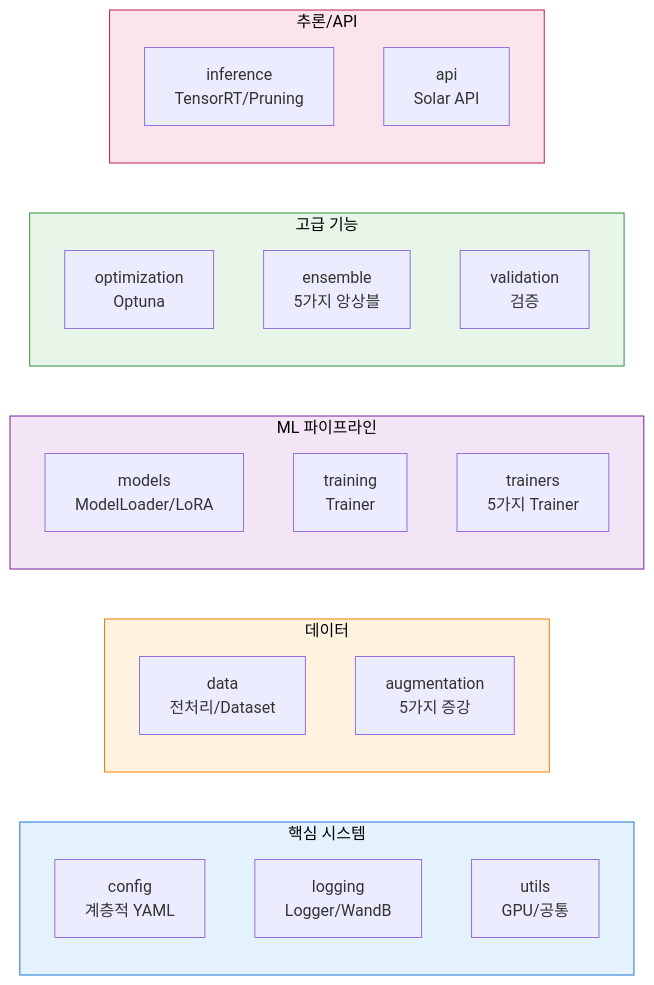
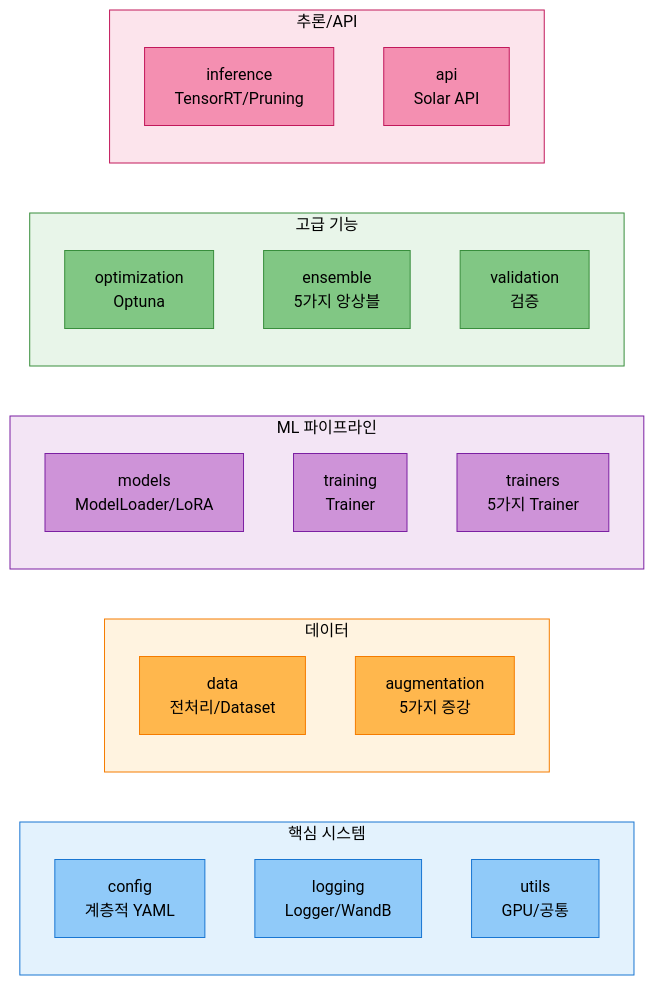
The second of 5 diagrams in docs/모듈화/README.md (AIBootcamp14/naturallanguageprocessingcompetition-nlp-1), drawn with Mermaid before and after one commit. The commit also changed other lines of this file and 1 other file, not shown here.

````diff
--- a/docs/모듈화/README.md
+++ b/docs/모듈화/README.md
@@ -114,36 +139,50 @@
 ```mermaid
 graph LR
     subgraph Core["핵심 시스템"]
         M1[config<br/>계층적 YAML]
         M2[logging<br/>Logger/WandB]
         M3[utils<br/>GPU/공통]
     end
 
     subgraph Data["데이터"]
         M4[data<br/>전처리/Dataset]
         M5[augmentation<br/>5가지 증강]
     end
 
     subgraph ML["ML 파이프라인"]
         M6[models<br/>ModelLoader/LoRA]
         M7[training<br/>Trainer]
         M8[trainers<br/>5가지 Trainer]
     end
 
     subgraph Advanced["고급 기능"]
         M9[optimization<br/>Optuna]
         M10[ensemble<br/>5가지 앙상블]
         M11[validation<br/>검증]
     end
 
     subgraph Inference["추론/API"]
         M12[inference<br/>TensorRT/Pruning]
         M13[api<br/>Solar API]
     end
 
     style Core fill:#e3f2fd,stroke:#1976d2,color:#000
     style Data fill:#fff3e0,stroke:#f57c00,color:#000
     style ML fill:#f3e5f5,stroke:#7b1fa2,color:#000
     style Advanced fill:#e8f5e9,stroke:#388e3c,color:#000
     style Inference fill:#fce4ec,stroke:#c2185b,color:#000
+
+    style M1 fill:#90caf9,stroke:#1976d2,color:#000
+    style M2 fill:#90caf9,stroke:#1976d2,color:#000
+    style M3 fill:#90caf9,stroke:#1976d2,color:#000
+    style M4 fill:#ffb74d,stroke:#f57c00,color:#000
+    style M5 fill:#ffb74d,stroke:#f57c00,color:#000
+    style M6 fill:#ce93d8,stroke:#7b1fa2,color:#000
+    style M7 fill:#ce93d8,stroke:#7b1fa2,color:#000
+    style M8 fill:#ce93d8,stroke:#7b1fa2,color:#000
+    style M9 fill:#81c784,stroke:#388e3c,color:#000
+    style M10 fill:#81c784,stroke:#388e3c,color:#000
+    style M11 fill:#81c784,stroke:#388e3c,color:#000
+    style M12 fill:#f48fb1,stroke:#c2185b,color:#000
+    style M13 fill:#f48fb1,stroke:#c2185b,color:#000
 ```
````
